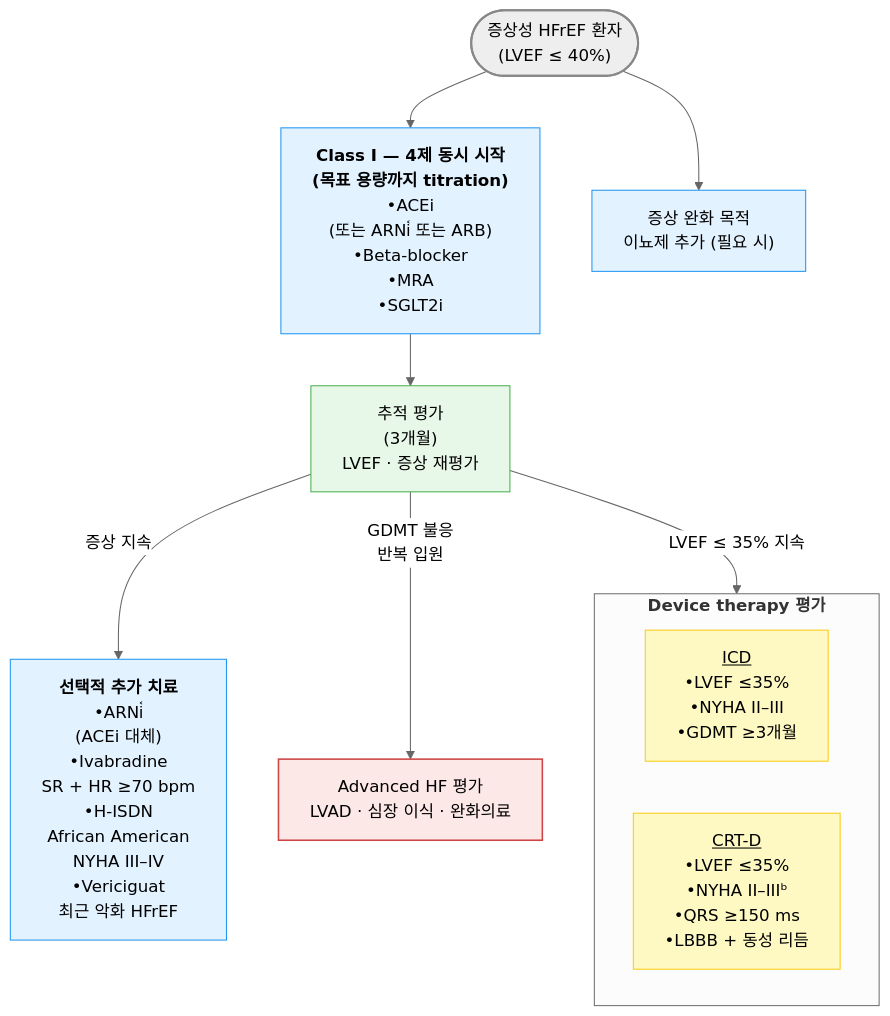
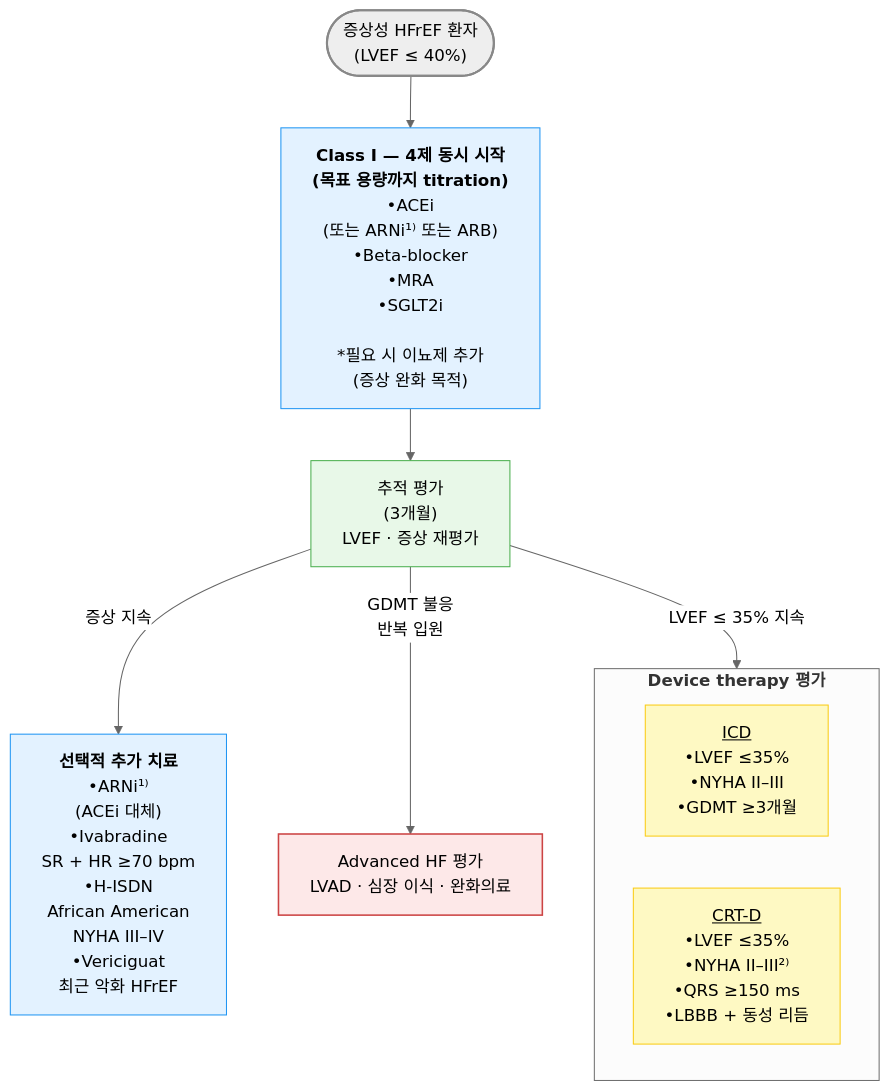
The fifth of 7 diagrams in 225_/098_-heart-failure.md (familyoh77/familyoh77), drawn with Mermaid (neutral theme) before and after one commit. The commit also changed other lines of this file, not shown here.

Commit message:
GITBOOK-1114: No subject

````diff
--- a/225_/098_-heart-failure.md
+++ b/225_/098_-heart-failure.md
@@ -321,33 +321,28 @@
 ```mermaid
 flowchart TD
     START(["증상성 HFrEF 환자\n(LVEF ≤ 40%)"])
     style START fill:#eeeeee,stroke:#888888,stroke-width:2px
 QUAD["<b>Class I — 4제 동시 시작\n(목표 용량까지 titration)</b>
-•ACEi\n(또는 ARNi᷾ 또는 ARB)\n•Beta-blocker\n•MRA\n•SGLT2i"]
-    DIURETIC["증상 완화 목적\n이뇨제 추가 (필요 시)"]
+•ACEi\n(또는 ARNi¹⁾ 또는 ARB)\n•Beta-blocker\n•MRA\n•SGLT2i
+\n*필요 시 이뇨제 추가\n(증상 완화 목적)"]
     ASSESS["추적 평가\n(3개월)\nLVEF · 증상 재평가"]
     style ASSESS fill:#e8f8e8,stroke:#4caf50
-
     subgraph DEVICE["<b>Device therapy 평가</b>"]
         direction LR
         DEV1["<u>ICD</u>\n•LVEF ≤35%\n•NYHA II–III\n•GDMT ≥3개월"]
         style DEV1 fill:#fef9c3,stroke:#facc15,stroke-width:1px
-        DEV2["<u>CRT-D</u>\n•LVEF ≤35%\n•NYHA II–IIIᵇ\n•QRS ≥150 ms\n•LBBB + 동성 리듬"]
+        DEV2["<u>CRT-D</u>\n•LVEF ≤35%\n•NYHA II–III²⁾\n•QRS ≥150 ms\n•LBBB + 동성 리듬"]
         style DEV2 fill:#fef9c3,stroke:#facc15,stroke-width:1px
     end
-
 SELECT["<b>선택적 추가 치료</b>
-•ARNi᷾\n(ACEi 대체)\n•Ivabradine\nSR + HR ≥70 bpm\n•H-ISDN\nAfrican American\nNYHA III–IV\n•Vericiguat\n최근 악화 HFrEF"]
+•ARNi¹⁾\n(ACEi 대체)\n•Ivabradine\nSR + HR ≥70 bpm\n•H-ISDN\nAfrican American\nNYHA III–IV\n•Vericiguat\n최근 악화 HFrEF"]
     ADVANCED["Advanced HF 평가\nLVAD · 심장 이식 · 완화의료"]
     style ADVANCED fill:#fde8e8,stroke:#cc4444,stroke-width:1.5px
-
 classDef sky fill:#e3f2ff,stroke:#2196f3
-class DIURETIC,QUAD,SELECT sky
-
+class QUAD,SELECT sky
     START --> QUAD
-    START --> DIURETIC
     QUAD --> ASSESS
     ASSESS -->|"LVEF ≤ 35% 지속"| DEVICE
     ASSESS -->|"증상 지속"| SELECT
     ASSESS -->|"GDMT 불응\n반복 입원"| ADVANCED
 ```
````
